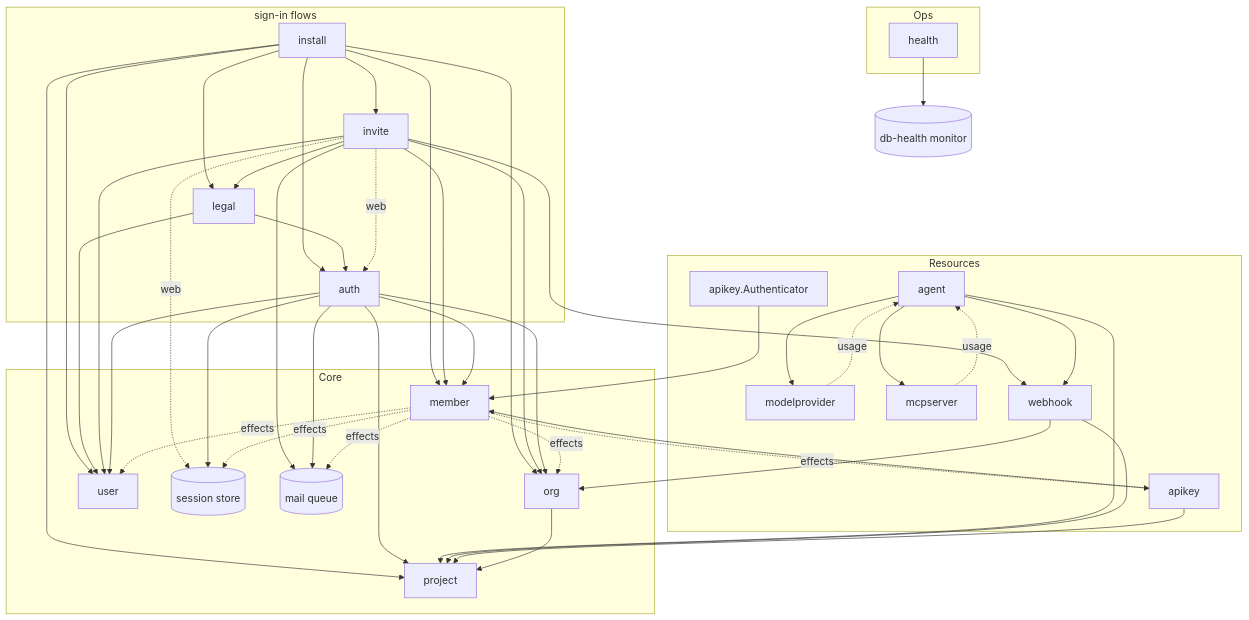
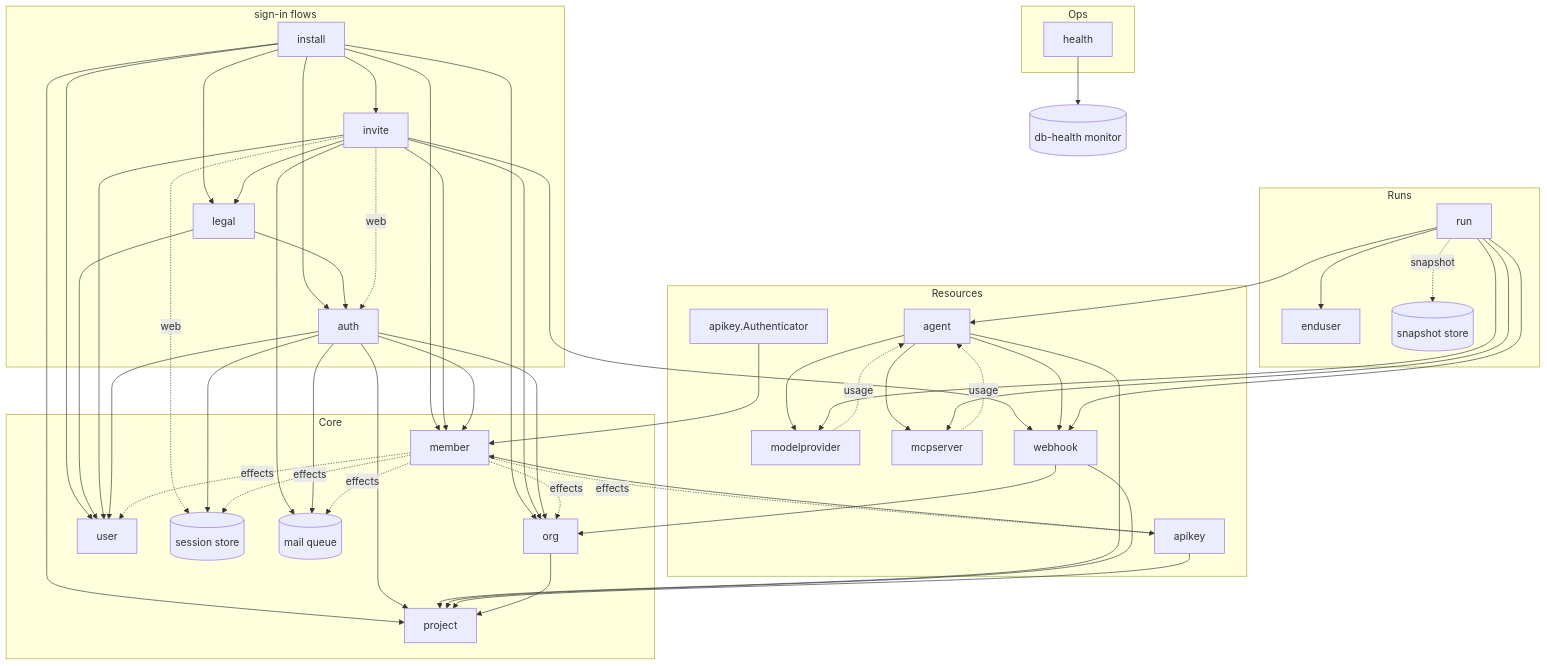
Before and after one commit to altalune-id/oagent: the third of 3 diagrams in internal/boot/README.md, drawn with Mermaid. The commit also changed other lines of this file and 199 other files, not shown here.

First line of the commit message:
feat: add the run core and agent runtime (#66)

````diff
--- a/internal/boot/README.md
+++ b/internal/boot/README.md
@@ -125,49 +128,56 @@
 ```mermaid
 flowchart TD
     subgraph Flows["sign-in flows"]
         install
         legal
         auth
         invite
     end
     subgraph Ops
         health
     end
     subgraph Resources
         agent
         modelprovider
         mcpserver
         webhook
         apikey
         keyAuthn["apikey.Authenticator"]
+    end
+    subgraph Runs
+        run
+        enduser
+        snapshots[(snapshot store)]
     end
     subgraph Core
         org
         project
         member
         user
         sessions[(session store)]
         mailqueue[(mail queue)]
     end
 
     install --> auth
     legal --> auth
     install --> user & org & member & project & legal & invite
     legal --> user
     invite --> member & user & org & mailqueue & webhook & legal
     invite -. web .-> auth & sessions
     auth --> user & member & org & project & sessions & mailqueue
 
     agent --> webhook
     agent --> project
     agent --> modelprovider & mcpserver
     modelprovider -. usage .-> agent
     mcpserver -. usage .-> agent
     webhook --> project & org
     apikey --> project & member
     keyAuthn --> member
     member -. effects .-> sessions & apikey & user & org & mailqueue
+    run --> agent & modelprovider & mcpserver & enduser & webhook
+    run -. snapshot .-> snapshots
     health --> dbh[(db-health monitor)]
 
     org --> project
 ```
````
